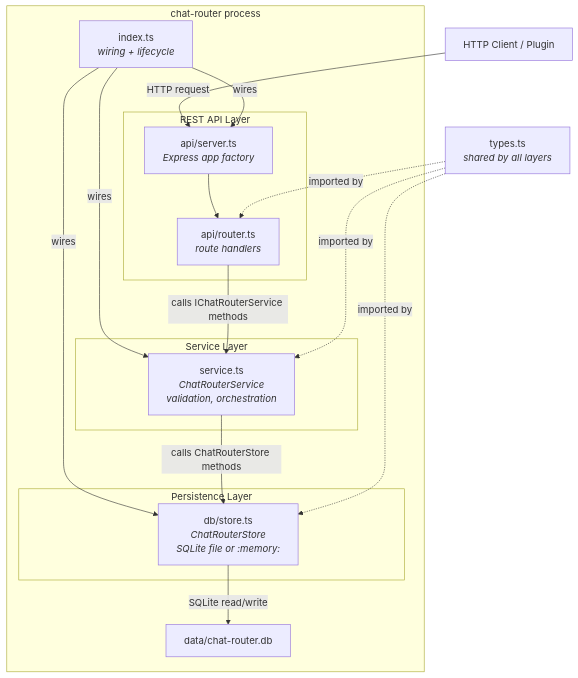
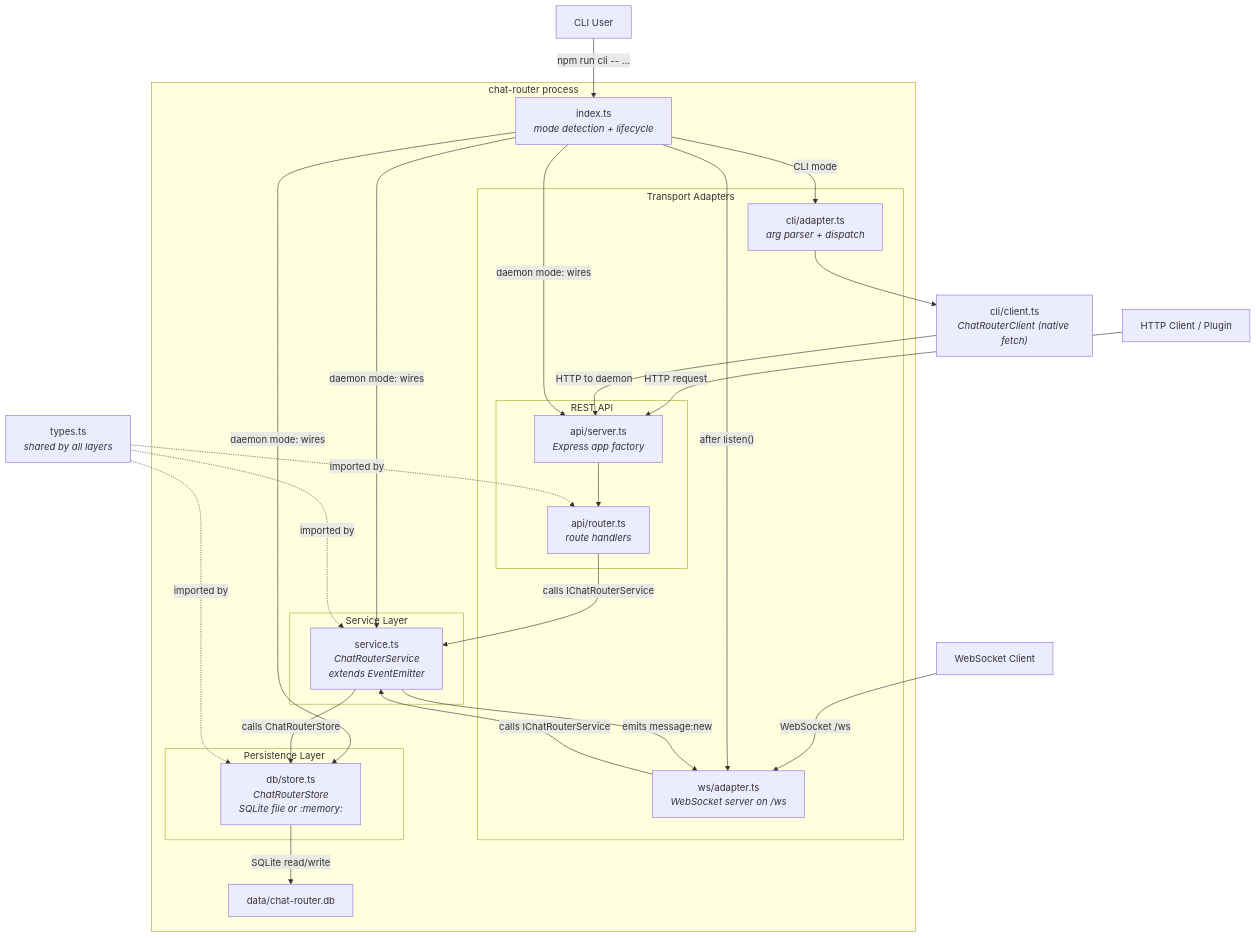
The diagram in docs/chat-router-system/architecture.md (Jtonna/multi-tenant-telegram-daemon), drawn with Mermaid before and after one commit. The commit also changed other lines of this file and 16 other files, not shown here.

First line of the commit message:
Add CLI adapter, WebSocket adapter, and Telegram health check

````diff
--- a/docs/chat-router-system/architecture.md
+++ b/docs/chat-router-system/architecture.md
@@ -41,37 +53,52 @@
 ```mermaid
 graph TD
-    Client["HTTP Client / Plugin"]
+    HttpClient["HTTP Client / Plugin"]
+    CliUser["CLI User"]
+    WsClient["WebSocket Client"]
 
     subgraph "chat-router process"
-        Entry["index.ts<br/><i>wiring + lifecycle</i>"]
+        Entry["index.ts<br/><i>mode detection + lifecycle</i>"]
 
-        subgraph "REST API Layer"
-            Server["api/server.ts<br/><i>Express app factory</i>"]
-            Router["api/router.ts<br/><i>route handlers</i>"]
+        subgraph "Transport Adapters"
+            subgraph "REST API"
+                Server["api/server.ts<br/><i>Express app factory</i>"]
+                Router["api/router.ts<br/><i>route handlers</i>"]
+            end
+            CliAdapter["cli/adapter.ts<br/><i>arg parser + dispatch</i>"]
+            WsAdapter["ws/adapter.ts<br/><i>WebSocket server on /ws</i>"]
         end
 
         subgraph "Service Layer"
-            Service["service.ts<br/><i>ChatRouterService</i><br/><i>validation, orchestration</i>"]
+            Service["service.ts<br/><i>ChatRouterService</i><br/><i>extends EventEmitter</i>"]
         end
 
         subgraph "Persistence Layer"
             Store["db/store.ts<br/><i>ChatRouterStore</i><br/><i>SQLite file or :memory:</i>"]
         end
 
         DataFile["data/chat-router.db"]
     end
 
+    CliClient["cli/client.ts<br/><i>ChatRouterClient (native fetch)</i>"]
     Types["types.ts<br/><i>shared by all layers</i>"]
 
-    Client -->|"HTTP request"| Server
+    HttpClient -->|"HTTP request"| Server
+    CliUser -->|"npm run cli -- ..."| Entry
+    Entry -->|"CLI mode"| CliAdapter
+    CliAdapter --> CliClient
+    CliClient -->|"HTTP to daemon"| Server
+    WsClient -->|"WebSocket /ws"| WsAdapter
     Server --> Router
-    Entry -->|"wires"| Server
-    Entry -->|"wires"| Service
-    Entry -->|"wires"| Store
-    Router -->|"calls IChatRouterService methods"| Service
-    Service -->|"calls ChatRouterStore methods"| Store
+    Entry -->|"daemon mode: wires"| Server
+    Entry -->|"daemon mode: wires"| Service
+    Entry -->|"daemon mode: wires"| Store
+    Entry -->|"after listen()"| WsAdapter
+    Router -->|"calls IChatRouterService"| Service
+    WsAdapter -->|"calls IChatRouterService"| Service
+    Service -->|"emits message:new"| WsAdapter
+    Service -->|"calls ChatRouterStore"| Store
     Store -->|"SQLite read/write"| DataFile
     Types -.->|"imported by"| Router
     Types -.->|"imported by"| Service
     Types -.->|"imported by"| Store
 ```
````
